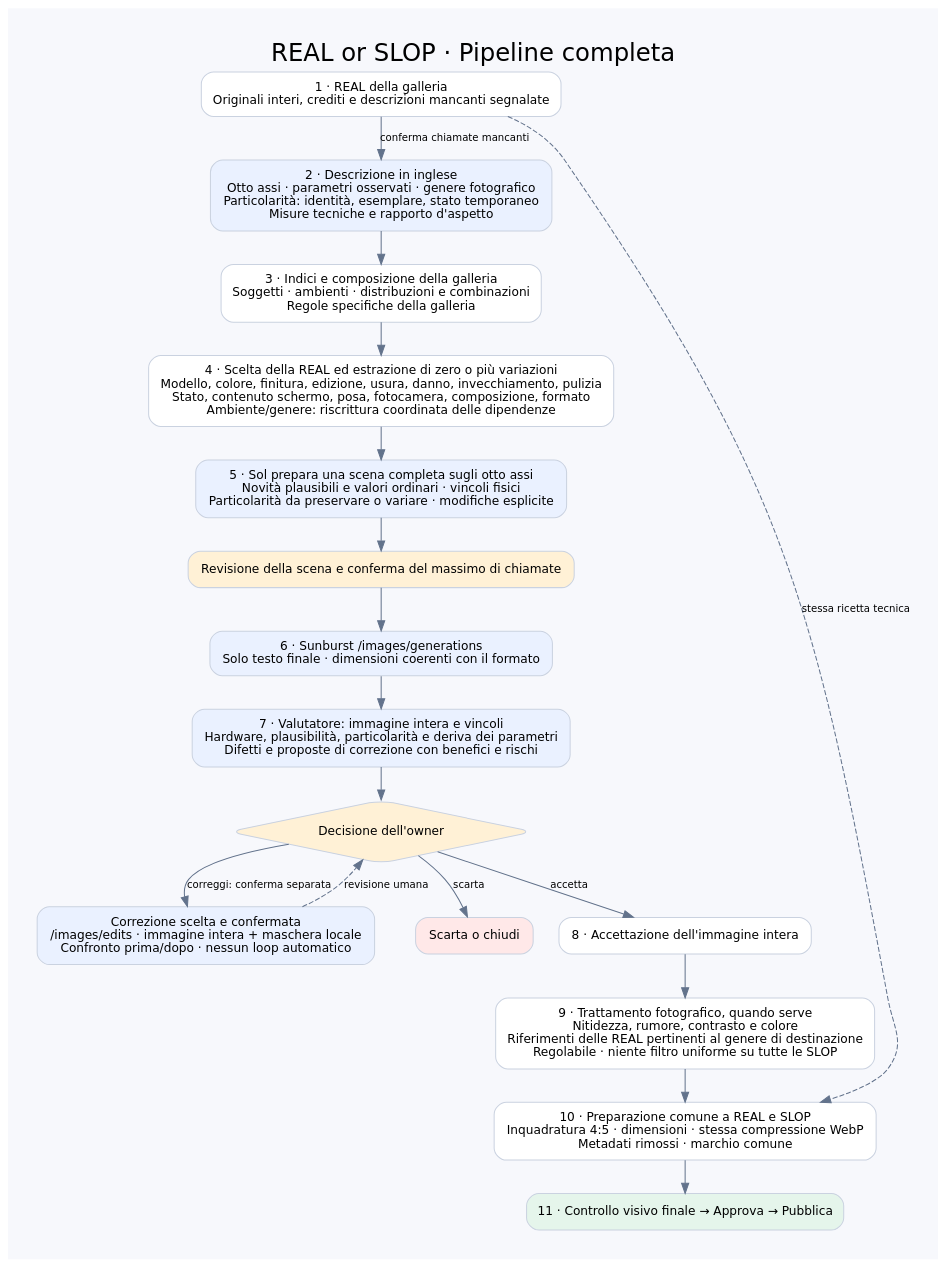
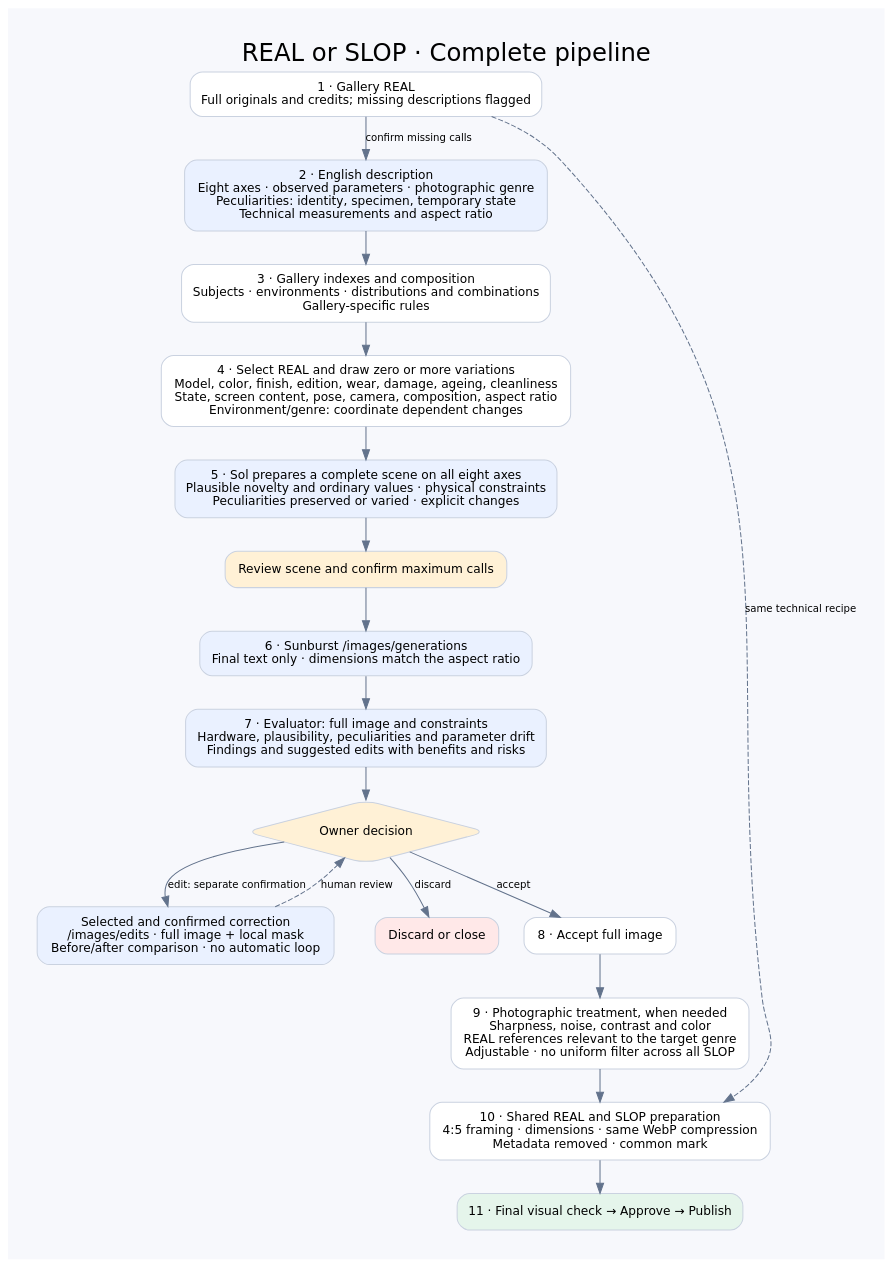
One commit to rickymusu-bit/real-or-slop changed the diagram in docs/assets/pipeline-slop.dot. Above: the diagram before and after it, drawn with Graphviz. The commit also changed 78 other files, not shown here.

Commit message:
Use English throughout admin and remove obsolete REAL proposals

```diff
--- a/docs/assets/pipeline-slop.dot
+++ b/docs/assets/pipeline-slop.dot
@@ -1,24 +1,24 @@
 digraph pipeline {
- graph [rankdir=TB,bgcolor="#f7f8fc",pad="0.4",nodesep="0.35",ranksep="0.45",fontname="DejaVu Sans",label="REAL or SLOP · Pipeline completa",labelloc=t,fontsize=24];
+ graph [rankdir=TB,bgcolor="#f7f8fc",pad="0.4",nodesep="0.35",ranksep="0.45",fontname="DejaVu Sans",label="REAL or SLOP · Complete pipeline",labelloc=t,fontsize=24];
  node [shape=box,style="rounded,filled",fillcolor=white,color="#cad2e0",fontname="DejaVu Sans",fontsize=12,margin="0.18,0.12"];
  edge [color="#63738c",fontname="DejaVu Sans",fontsize=10];
- real [label="1 · REAL della galleria\nOriginali interi, crediti e descrizioni mancanti segnalate"];
- describe [label="2 · Descrizione in inglese\nOtto assi · parametri osservati · genere fotografico\nParticolarità: identità, esemplare, stato temporaneo\nMisure tecniche e rapporto d'aspetto",fillcolor="#eaf1ff"];
- index [label="3 · Indici e composizione della galleria\nSoggetti · ambienti · distribuzioni e combinazioni\nRegole specifiche della galleria"];
- draw [label="4 · Scelta della REAL ed estrazione di zero o più variazioni\nModello, colore, finitura, edizione, usura, danno, invecchiamento, pulizia\nStato, contenuto schermo, posa, fotocamera, composizione, formato\nAmbiente/genere: riscrittura coordinata delle dipendenze"];
- scene [label="5 · Sol prepara una scena completa sugli otto assi\nNovità plausibili e valori ordinari · vincoli fisici\nParticolarità da preservare o variare · modifiche esplicite",fillcolor="#eaf1ff"];
- confirm [label="Revisione della scena e conferma del massimo di chiamate",fillcolor="#fff1d6"];
- generate [label="6 · Sunburst /images/generations\nSolo testo finale · dimensioni coerenti con il formato",fillcolor="#eaf1ff"];
- evaluate [label="7 · Valutatore: immagine intera e vincoli\nHardware, plausibilità, particolarità e deriva dei parametri\nDifetti e proposte di correzione con benefici e rischi",fillcolor="#eaf1ff"];
- decision [shape=diamond,label="Decisione dell'owner",fillcolor="#fff1d6"];
- edit [label="Correzione scelta e confermata\n/images/edits · immagine intera + maschera locale\nConfronto prima/dopo · nessun loop automatico",fillcolor="#eaf1ff"];
- discard [label="Scarta o chiudi",fillcolor="#ffe8e8"];
- accept [label="8 · Accettazione dell'immagine intera"];
- treatment [label="9 · Trattamento fotografico, quando serve\nNitidezza, rumore, contrasto e colore\nRiferimenti delle REAL pertinenti al genere di destinazione\nRegolabile · niente filtro uniforme su tutte le SLOP"];
- copy [label="10 · Preparazione comune a REAL e SLOP\nInquadratura 4:5 · dimensioni · stessa compressione WebP\nMetadati rimossi · marchio comune"];
- publish [label="11 · Controllo visivo finale → Approva → Pubblica",fillcolor="#e5f5eb"];
- real -> describe [label="conferma chiamate mancanti"]; describe -> index -> draw -> scene -> confirm -> generate -> evaluate -> decision;
- decision -> edit [label="correggi: conferma separata"];edit -> decision [style=dashed,label="revisione umana"];
- decision -> discard [label="scarta"];decision -> accept [label="accetta"];accept -> treatment -> copy -> publish;
- real -> copy [style=dashed,label="stessa ricetta tecnica",constraint=false];
+ real [label="1 · Gallery REAL\nFull originals and credits; missing descriptions flagged"];
+ describe [label="2 · English description\nEight axes · observed parameters · photographic genre\nPeculiarities: identity, specimen, temporary state\nTechnical measurements and aspect ratio",fillcolor="#eaf1ff"];
+ index [label="3 · Gallery indexes and composition\nSubjects · environments · distributions and combinations\nGallery-specific rules"];
+ draw [label="4 · Select REAL and draw zero or more variations\nModel, color, finish, edition, wear, damage, ageing, cleanliness\nState, screen content, pose, camera, composition, aspect ratio\nEnvironment/genre: coordinate dependent changes"];
+ scene [label="5 · Sol prepares a complete scene on all eight axes\nPlausible novelty and ordinary values · physical constraints\nPeculiarities preserved or varied · explicit changes",fillcolor="#eaf1ff"];
+ confirm [label="Review scene and confirm maximum calls",fillcolor="#fff1d6"];
+ generate [label="6 · Sunburst /images/generations\nFinal text only · dimensions match the aspect ratio",fillcolor="#eaf1ff"];
+ evaluate [label="7 · Evaluator: full image and constraints\nHardware, plausibility, peculiarities and parameter drift\nFindings and suggested edits with benefits and risks",fillcolor="#eaf1ff"];
+ decision [shape=diamond,label="Owner decision",fillcolor="#fff1d6"];
+ edit [label="Selected and confirmed correction\n/images/edits · full image + local mask\nBefore/after comparison · no automatic loop",fillcolor="#eaf1ff"];
+ discard [label="Discard or close",fillcolor="#ffe8e8"];
+ accept [label="8 · Accept full image"];
+ treatment [label="9 · Photographic treatment, when needed\nSharpness, noise, contrast and color\nREAL references relevant to the target genre\nAdjustable · no uniform filter across all SLOP"];
+ copy [label="10 · Shared REAL and SLOP preparation\n4:5 framing · dimensions · same WebP compression\nMetadata removed · common mark"];
+ publish [label="11 · Final visual check → Approve → Publish",fillcolor="#e5f5eb"];
+ real -> describe [label="confirm missing calls"]; describe -> index -> draw -> scene -> confirm -> generate -> evaluate -> decision;
+ decision -> edit [label="edit: separate confirmation"];edit -> decision [style=dashed,label="human review"];
+ decision -> discard [label="discard"];decision -> accept [label="accept"];accept -> treatment -> copy -> publish;
+ real -> copy [style=dashed,label="same technical recipe",constraint=false];
 }
```
